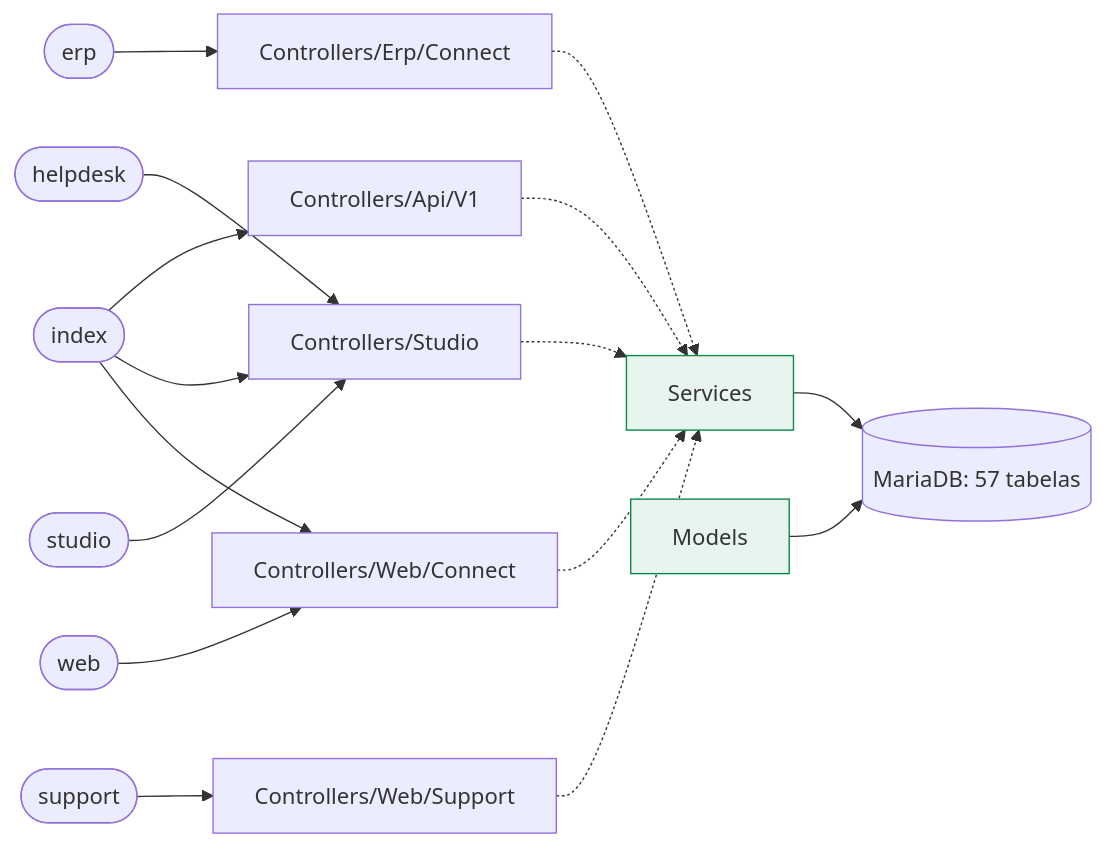
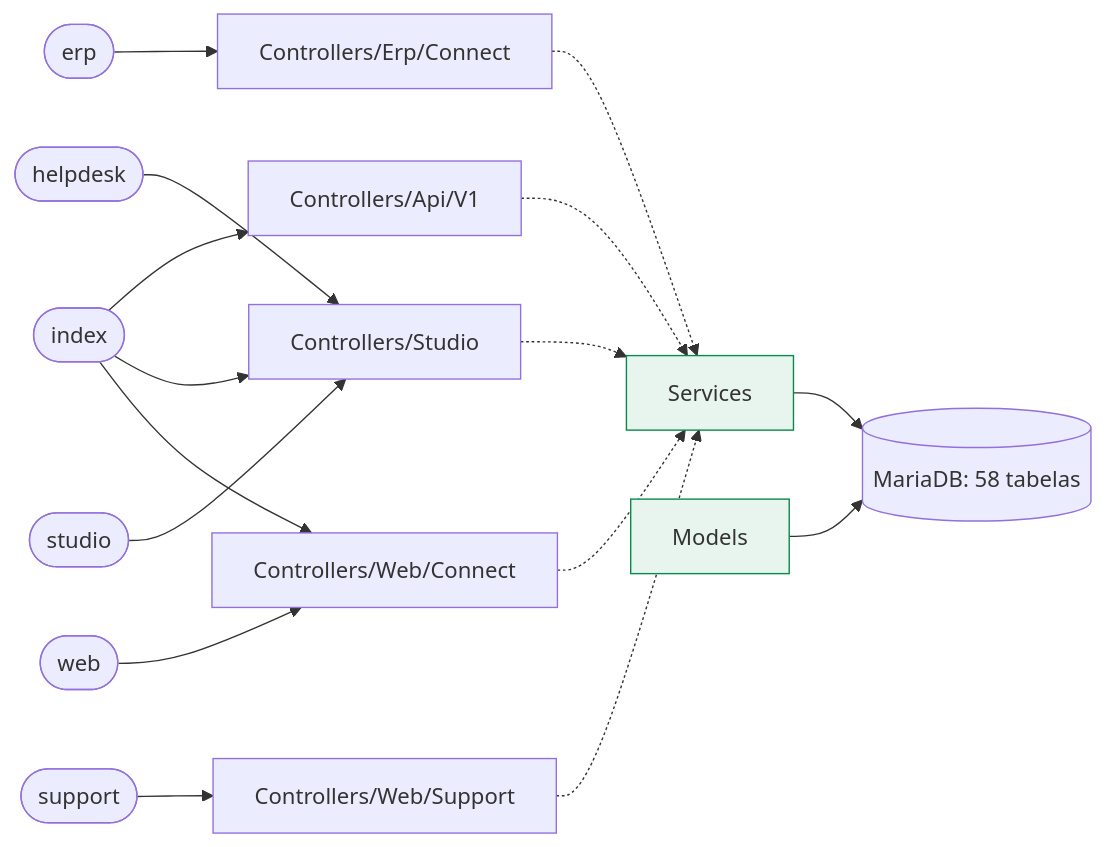
Before and after one commit to djalmamartins/connect-erp: the first of 2 diagrams in docs/map/README.md, drawn with Mermaid. The commit also changed other lines of this file and 10 other files, not shown here.

````diff
--- a/docs/map/README.md
+++ b/docs/map/README.md
@@ -13,28 +13,28 @@
 ```mermaid
 flowchart LR
   env_erp(["erp"])
   env_erp --> pkg_Controllers_Erp_Connect["Controllers/Erp/Connect"]
   env_helpdesk(["helpdesk"])
   env_helpdesk --> pkg_Controllers_Studio["Controllers/Studio"]
   env_index(["index"])
   env_index --> pkg_Controllers_Api_V1["Controllers/Api/V1"]
   env_index --> pkg_Controllers_Studio["Controllers/Studio"]
   env_index --> pkg_Controllers_Web_Connect["Controllers/Web/Connect"]
   env_studio(["studio"])
   env_studio --> pkg_Controllers_Studio["Controllers/Studio"]
   env_support(["support"])
   env_support --> pkg_Controllers_Web_Support["Controllers/Web/Support"]
   env_web(["web"])
   env_web --> pkg_Controllers_Web_Connect["Controllers/Web/Connect"]
   pkg_svc["Services"]:::svc
   pkg_mdl["Models"]:::svc
-  db[("MariaDB: 57 tabelas")]
+  db[("MariaDB: 58 tabelas")]
   pkg_Controllers_Api_V1 -.-> pkg_svc
   pkg_Controllers_Erp_Connect -.-> pkg_svc
   pkg_Controllers_Studio -.-> pkg_svc
   pkg_Controllers_Web_Connect -.-> pkg_svc
   pkg_Controllers_Web_Support -.-> pkg_svc
   pkg_svc --> db
   pkg_mdl --> db
   classDef svc fill:#e8f5ee,stroke:#07884c
 ```
````
